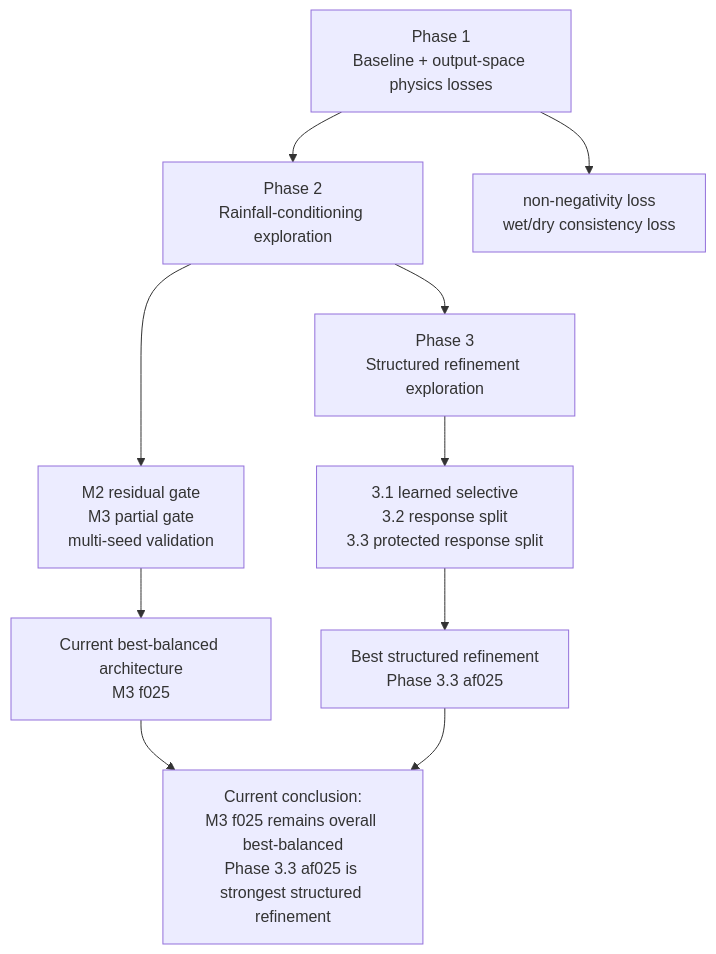
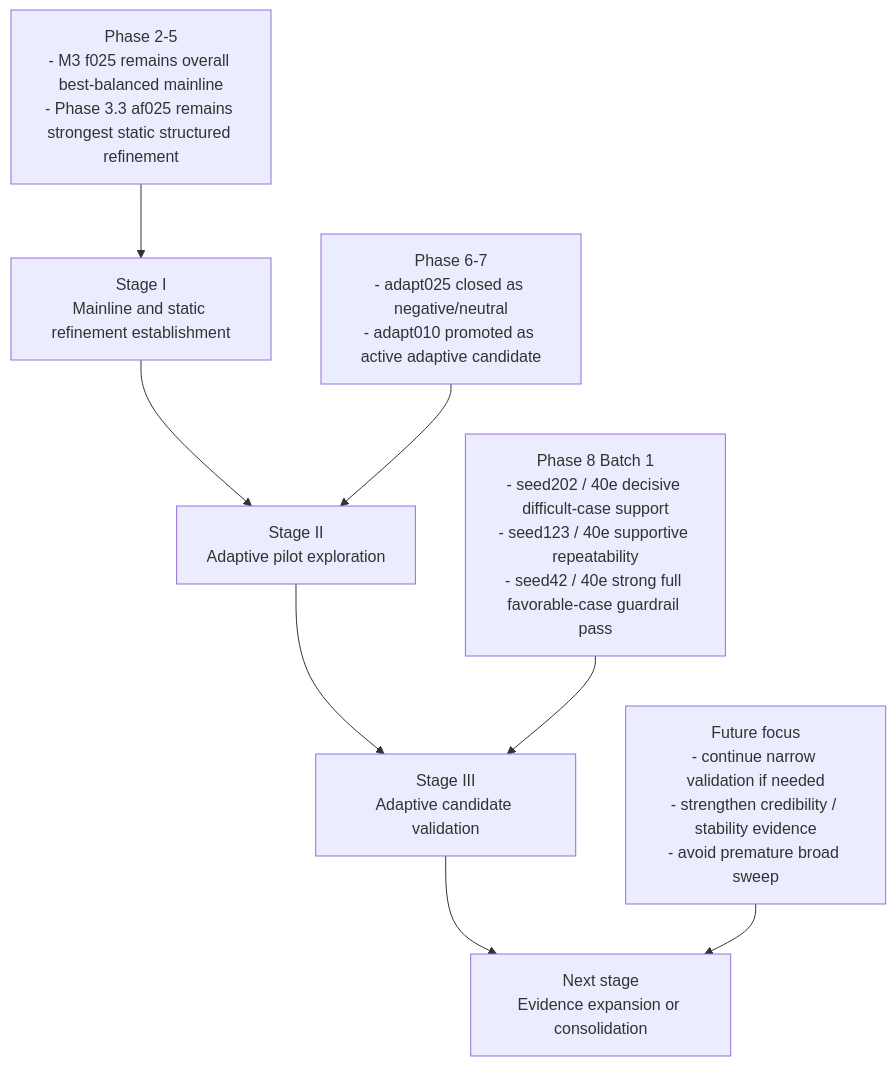
The third of 3 diagrams in README.md (HolyLin990604/physics-guided-urban-flood-prediction), drawn with Mermaid before and after one commit. The commit also changed other lines of this file, not shown here.

Commit message:
docs: update README visuals for phase8 progress

````diff
--- a/README.md
+++ b/README.md
@@ -132,17 +136,11 @@
 ```mermaid
 flowchart TD
-    A[Phase 1<br/>Baseline + output-space physics losses] --> B[Phase 2<br/>Rainfall-conditioning exploration]
-    B --> C[Phase 3<br/>Structured refinement exploration]
+    A[Stage I<br/>Mainline and static refinement establishment] --> B[Stage II<br/>Adaptive pilot exploration]
+    B --> C[Stage III<br/>Adaptive candidate validation]
+    C --> D[Next stage<br/>Evidence expansion or consolidation]
 
-    A --> A1[non-negativity loss<br/>wet/dry consistency loss]
-    B --> B1[M2 residual gate<br/>M3 partial gate<br/>multi-seed validation]
-    C --> C1[3.1 learned selective<br/>3.2 response split<br/>3.3 protected response split]
-
-    B1 --> D[Current best-balanced architecture<br/>M3 f025]
-    C1 --> E[Best structured refinement<br/>Phase 3.3 af025]
-
-    D --> F[Project conclusion]
-    E --> F
-
-    F[Current conclusion:<br/>M3 f025 remains overall best-balanced<br/>Phase 3.3 af025 is strongest structured refinement]
+    A1[Phase 2-5<br/>- M3 f025 remains overall best-balanced mainline<br/>- Phase 3.3 af025 remains strongest static structured refinement] --> A
+    B1[Phase 6-7<br/>- adapt025 closed as negative/neutral<br/>- adapt010 promoted as active adaptive candidate] --> B
+    C1[Phase 8 Batch 1<br/>- seed202 / 40e decisive difficult-case support<br/>- seed123 / 40e supportive repeatability<br/>- seed42 / 40e strong full favorable-case guardrail pass] --> C
+    D1[Future focus<br/>- continue narrow validation if needed<br/>- strengthen credibility / stability evidence<br/>- avoid premature broad sweep] --> D
 ```
````
